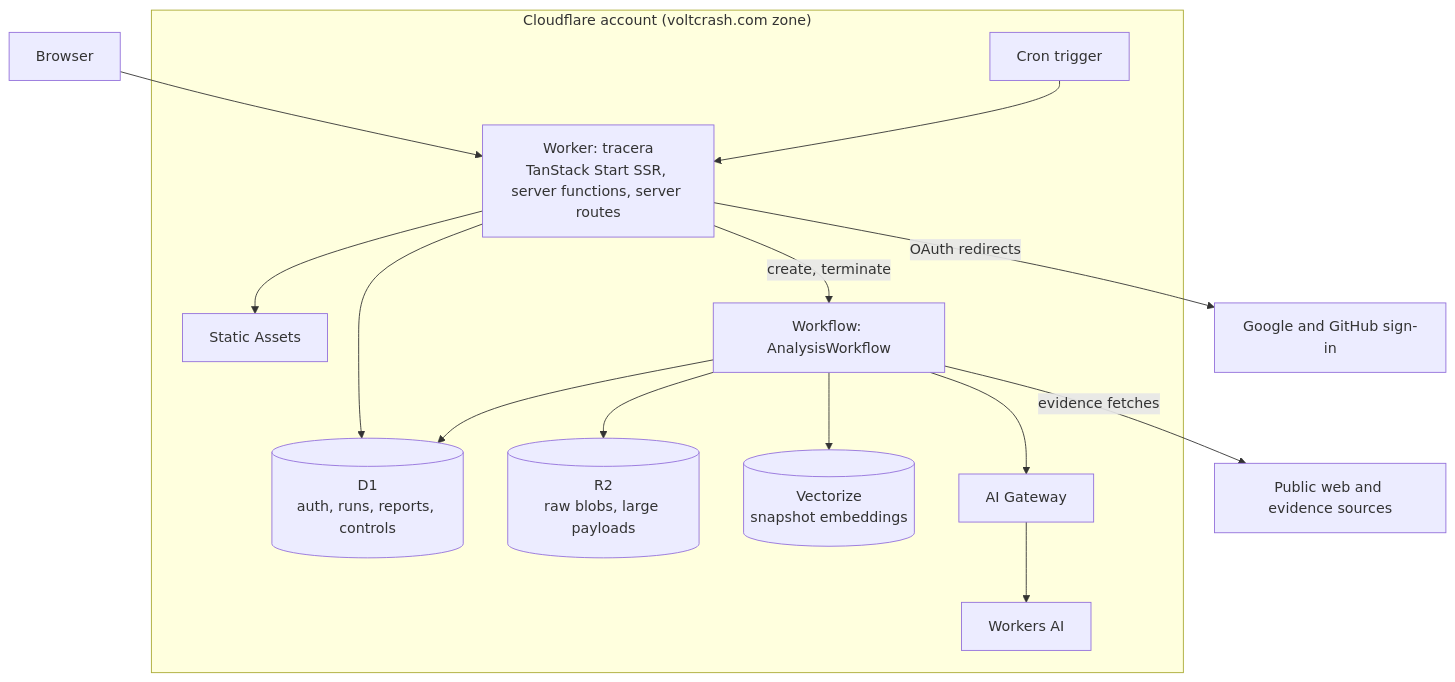
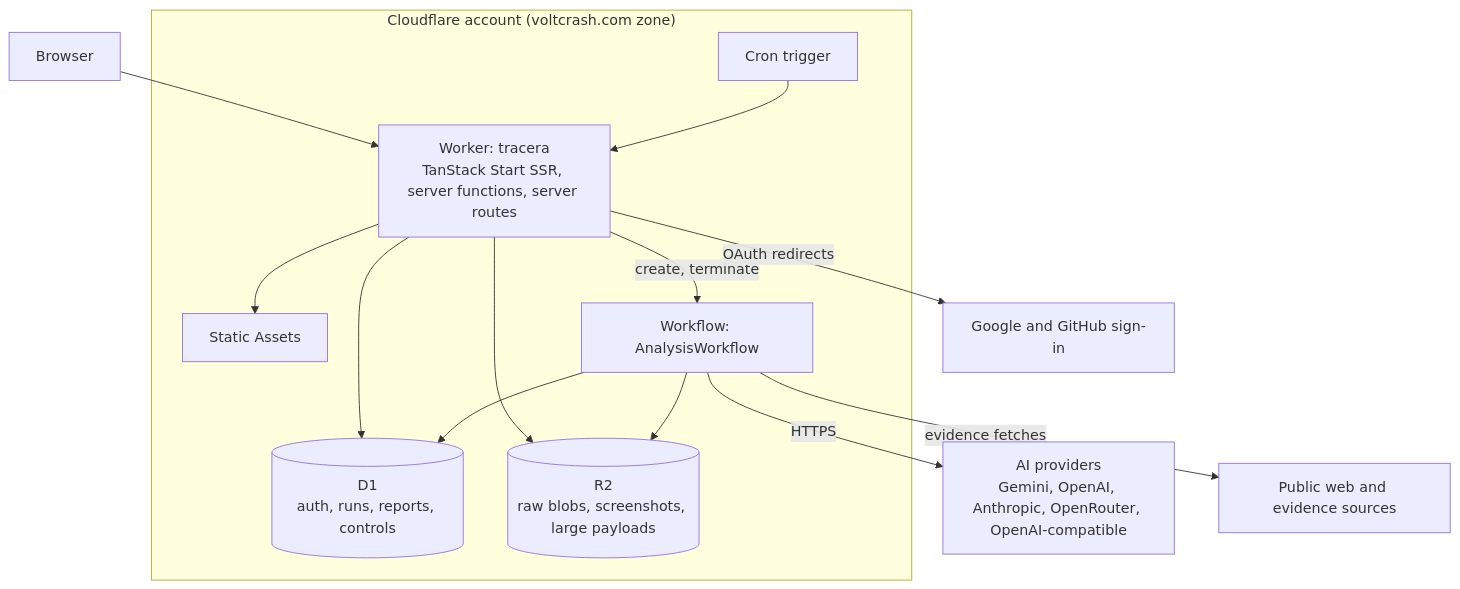
One commit to voltcrash/tracera changed the diagram in docs/cloudflare-migration-plan.md. Above: the diagram before and after it, drawn with Mermaid. The commit also changed other lines of this file, not shown here.

First line of the commit message:
docs: keep existing AI providers in the Cloudflare plan

````diff
--- a/docs/cloudflare-migration-plan.md
+++ b/docs/cloudflare-migration-plan.md
@@ -49,26 +54,24 @@
 ```mermaid
 flowchart TB
     User["Browser"] --> Worker
 
     subgraph CF["Cloudflare account (voltcrash.com zone)"]
         Worker["Worker: tracera<br/>TanStack Start SSR, server functions, server routes"]
         Assets["Static Assets"]
         Workflow["Workflow: AnalysisWorkflow"]
         Cron["Cron trigger"]
         D1[("D1<br/>auth, runs, reports, controls")]
-        R2[("R2<br/>raw blobs, large payloads")]
-        Vectorize[("Vectorize<br/>snapshot embeddings")]
-        Gateway["AI Gateway"] --> AI["Workers AI"]
+        R2[("R2<br/>raw blobs, screenshots, large payloads")]
     end
 
     Worker --> Assets
     Worker --> D1
+    Worker --> R2
     Worker -->|create, terminate| Workflow
     Workflow --> D1
     Workflow --> R2
-    Workflow --> Vectorize
-    Workflow --> Gateway
     Cron --> Worker
+    Workflow -->|HTTPS| Providers["AI providers<br/>Gemini, OpenAI, Anthropic, OpenRouter, OpenAI-compatible"]
     Workflow -->|evidence fetches| Web["Public web and evidence sources"]
     Worker -->|OAuth redirects| IdP["Google and GitHub sign-in"]
 ```
````
